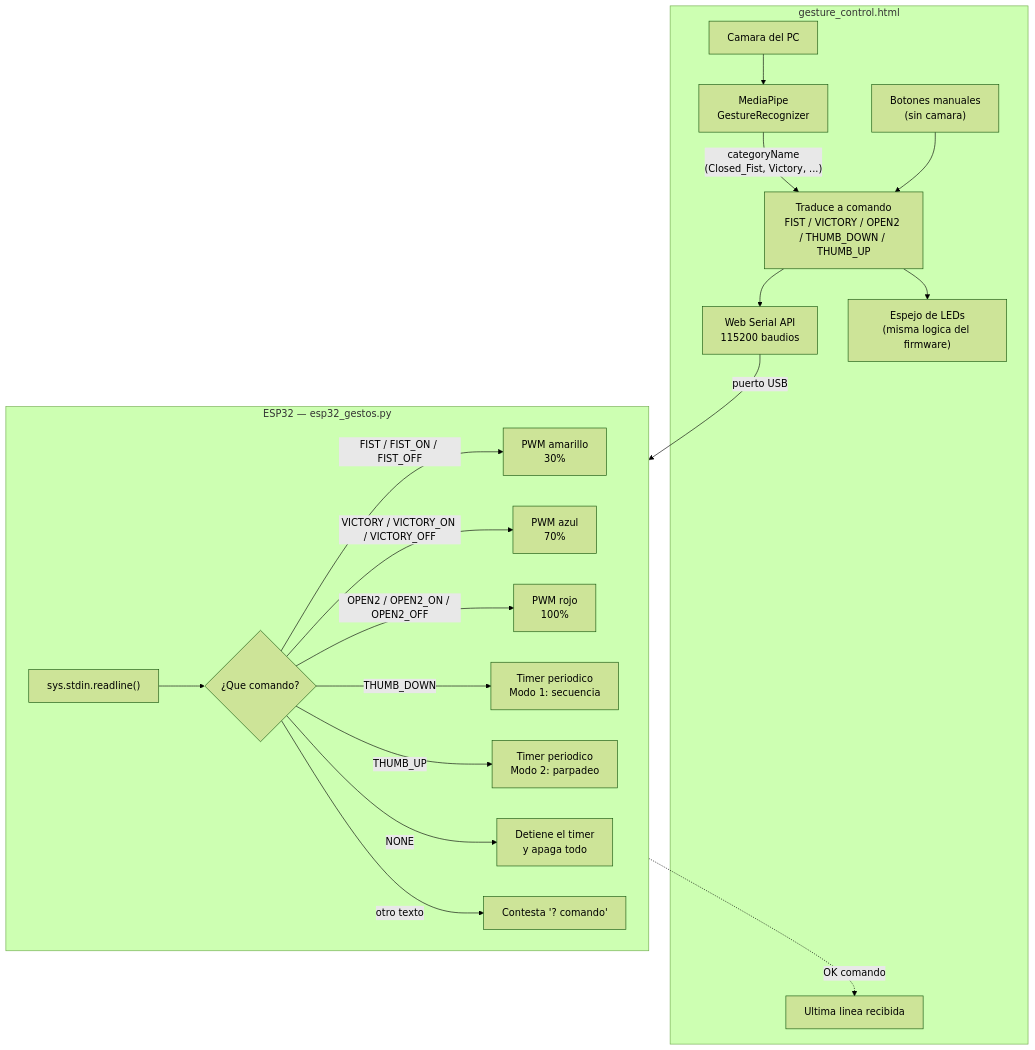
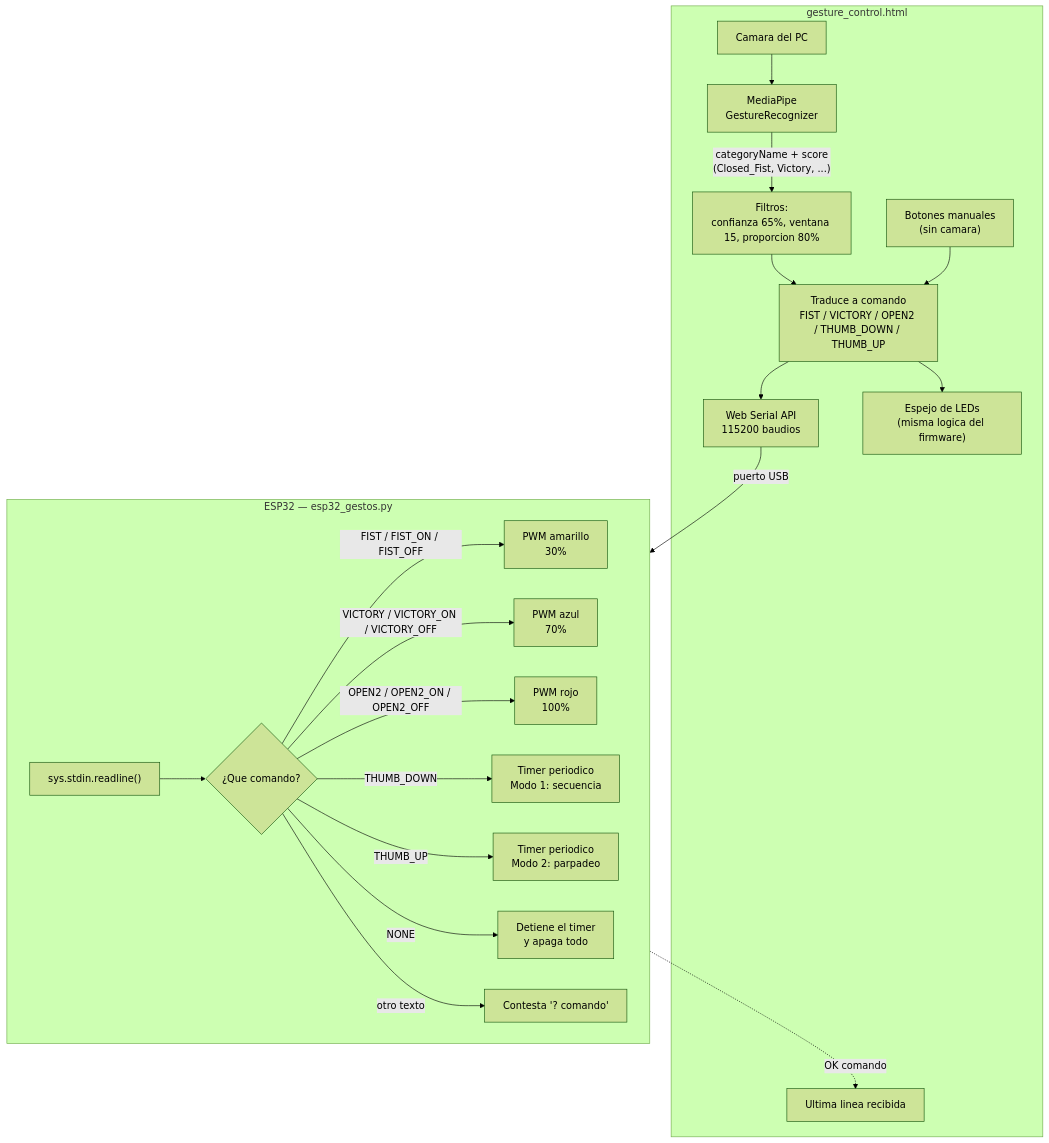
The first of 2 diagrams in 6-control-de-led-mediante-gestos/README.md (Dathinel/Sensores-Teoria), drawn with Mermaid (forest theme) before and after one commit. The commit also changed other lines of this file and 154 other files, not shown here.

````diff
--- a/6-control-de-led-mediante-gestos/README.md
+++ b/6-control-de-led-mediante-gestos/README.md
@@ -50,25 +106,26 @@
 ```mermaid
 flowchart TD
     subgraph Navegador["gesture_control.html"]
         Cam["Camara del PC"] --> MP["MediaPipe<br/>GestureRecognizer"]
-        MP -->|"categoryName<br/>(Closed_Fist, Victory, ...)"| Traduce["Traduce a comando<br/>FIST / VICTORY / OPEN2 / THUMB_DOWN / THUMB_UP"]
+        MP -->|"categoryName + score<br/>(Closed_Fist, Victory, ...)"| Filtro["Filtros:<br/>confianza 65%, ventana 15, proporcion 80%"]
+        Filtro --> Traduce["Traduce a comando<br/>FIST / VICTORY / OPEN2 / THUMB_DOWN / THUMB_UP"]
         BotonManual["Botones manuales<br/>(sin camara)"] --> Traduce
         Traduce --> Serial["Web Serial API<br/>115200 baudios"]
         Traduce --> Espejo["Espejo de LEDs<br/>(misma logica del firmware)"]
         Ultima["Ultima linea recibida"]
     end
 
     Serial -->|"puerto USB"| ESP
     ESP -.->|"OK comando"| Ultima
 
     subgraph ESP["ESP32 — esp32_gestos.py"]
         Recibe["sys.stdin.readline()"] --> Comando{"¿Que comando?"}
         Comando -->|"FIST / FIST_ON / FIST_OFF"| Amarillo["PWM amarillo<br/>30%"]
         Comando -->|"VICTORY / VICTORY_ON / VICTORY_OFF"| Azul["PWM azul<br/>70%"]
         Comando -->|"OPEN2 / OPEN2_ON / OPEN2_OFF"| Rojo["PWM rojo<br/>100%"]
         Comando -->|"THUMB_DOWN"| Modo1["Timer periodico<br/>Modo 1: secuencia"]
         Comando -->|"THUMB_UP"| Modo2["Timer periodico<br/>Modo 2: parpadeo"]
         Comando -->|"NONE"| Detener["Detiene el timer<br/>y apaga todo"]
         Comando -->|"otro texto"| Desconocido["Contesta '? comando'"]
     end
 ```
````
